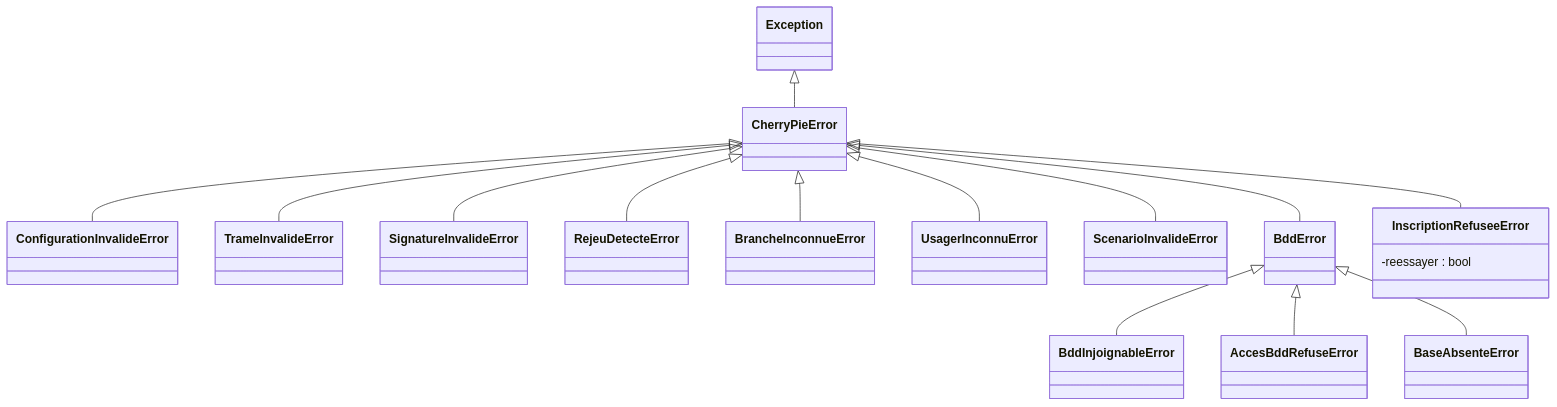
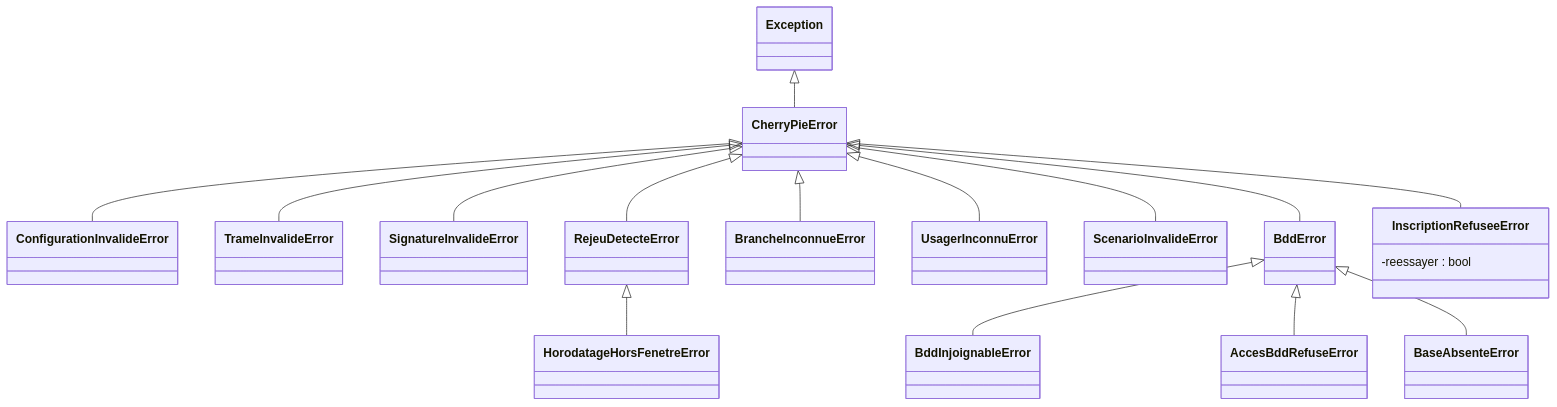
One commit to vRayzix/SAE3.02_Developper-une-application-communicante changed the first of 12 diagrams in docs/uml.md. Above: the diagram before and after it, drawn with Mermaid. The commit also changed other lines of this file and 2 other files, not shown here.

First line of the commit message:
docs: fenêtre anti-rejeu réglable, conseil sur les horloges et découpage SQL

````diff
--- a/docs/uml.md
+++ b/docs/uml.md
@@ -28,33 +28,35 @@
 ```mermaid
 classDiagram
     class Exception
     class CherryPieError
     class ConfigurationInvalideError
     class TrameInvalideError
     class SignatureInvalideError
     class RejeuDetecteError
+    class HorodatageHorsFenetreError
     class BrancheInconnueError
     class UsagerInconnuError
     class ScenarioInvalideError
     class BddError
     class BddInjoignableError
     class AccesBddRefuseError
     class BaseAbsenteError
     class InscriptionRefuseeError {
         -reessayer : bool
     }
 
     Exception <|-- CherryPieError
     CherryPieError <|-- ConfigurationInvalideError
     CherryPieError <|-- TrameInvalideError
     CherryPieError <|-- SignatureInvalideError
     CherryPieError <|-- RejeuDetecteError
+    RejeuDetecteError <|-- HorodatageHorsFenetreError
     CherryPieError <|-- BrancheInconnueError
     CherryPieError <|-- UsagerInconnuError
     CherryPieError <|-- ScenarioInvalideError
     CherryPieError <|-- BddError
     BddError <|-- BddInjoignableError
     BddError <|-- AccesBddRefuseError
     BddError <|-- BaseAbsenteError
     CherryPieError <|-- InscriptionRefuseeError
 ```
````
